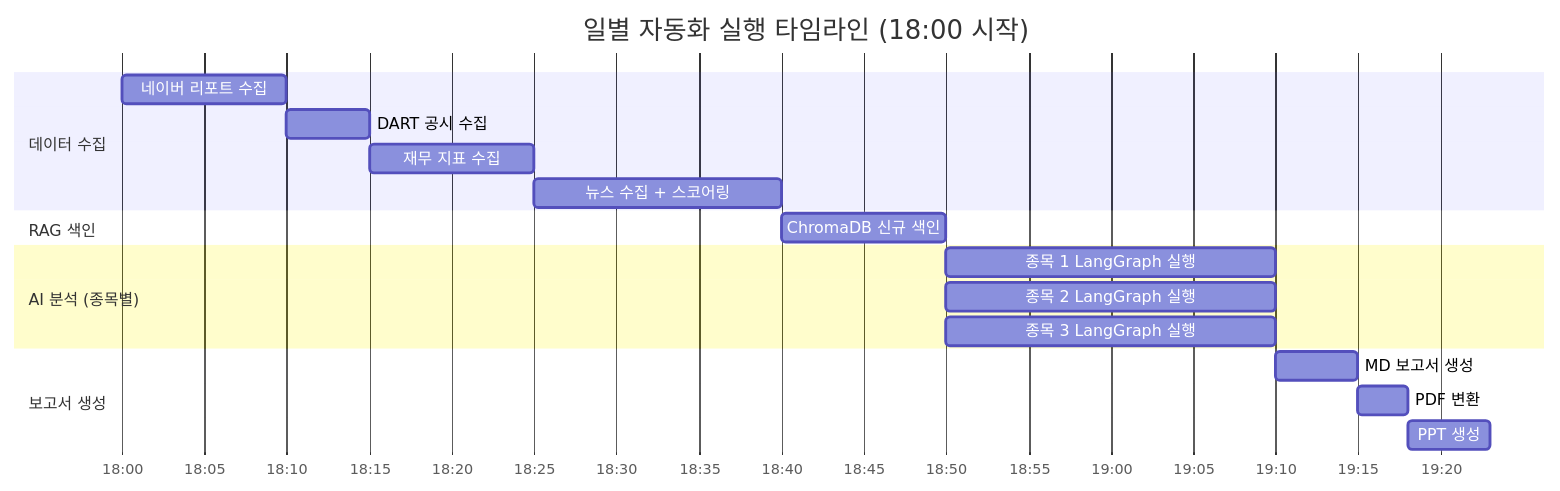
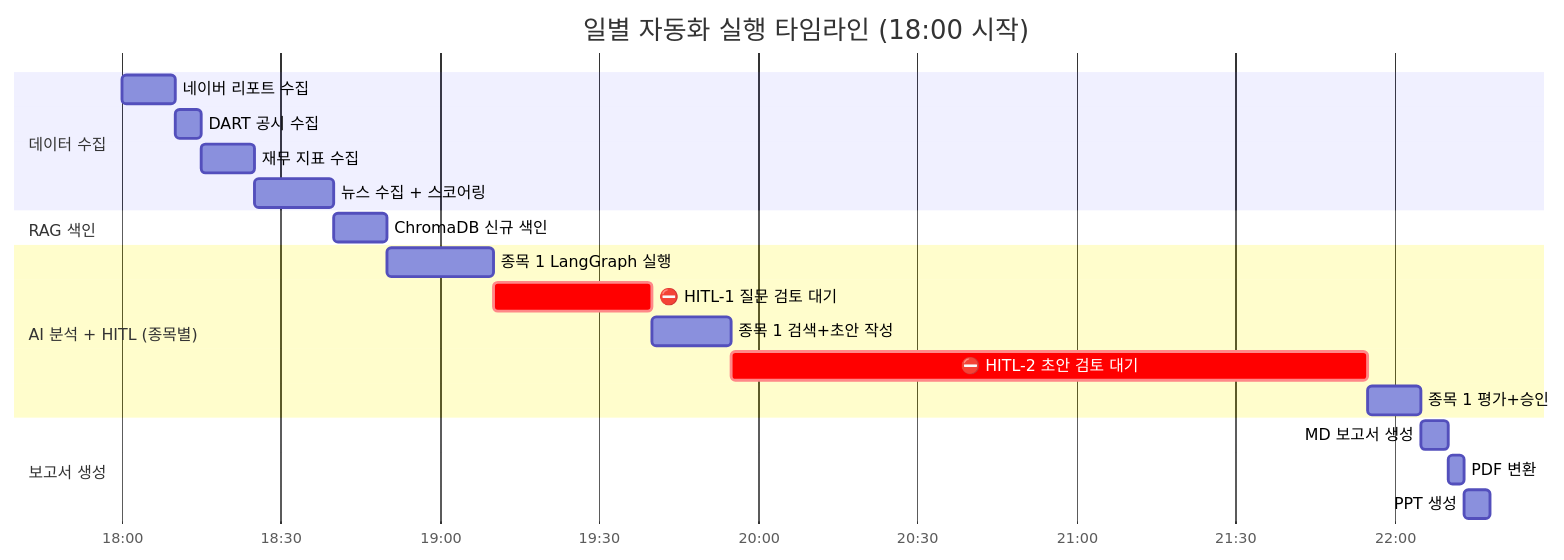
Before and after one commit to zoofighter/auto_research: the eighth of 8 diagrams in docs/diagrams.md, drawn with Mermaid. The commit also changed other lines of this file and 4 other files, not shown here.

Commit message:
docs: update test strategy, database schema, diagrams, and implementation plan

````diff
--- a/docs/diagrams.md
+++ b/docs/diagrams.md
@@ -445,25 +551,27 @@
 ```mermaid
 gantt
     title 일별 자동화 실행 타임라인 (18:00 시작)
     dateFormat HH:mm
     axisFormat %H:%M
 
     section 데이터 수집
     네이버 리포트 수집       :collect1, 18:00, 10m
     DART 공시 수집           :collect2, after collect1, 5m
     재무 지표 수집           :collect3, after collect2, 10m
     뉴스 수집 + 스코어링     :collect4, after collect3, 15m
 
     section RAG 색인
     ChromaDB 신규 색인       :index, after collect4, 10m
 
-    section AI 분석 (종목별)
+    section AI 분석 + HITL (종목별)
     종목 1 LangGraph 실행    :agent1, after index, 20m
-    종목 2 LangGraph 실행    :agent2, after index, 20m
-    종목 3 LangGraph 실행    :agent3, after index, 20m
+    ⛔ HITL-1 질문 검토 대기  :crit, hitl1, after agent1, 30m
+    종목 1 검색+초안 작성     :agent1b, after hitl1, 15m
+    ⛔ HITL-2 초안 검토 대기  :crit, hitl2, after agent1b, 120m
+    종목 1 평가+승인         :agent1c, after hitl2, 10m
 
     section 보고서 생성
-    MD 보고서 생성           :report1, after agent1, 5m
+    MD 보고서 생성           :report1, after agent1c, 5m
     PDF 변환                 :report2, after report1, 3m
     PPT 생성                 :report3, after report2, 5m
 ```
````
